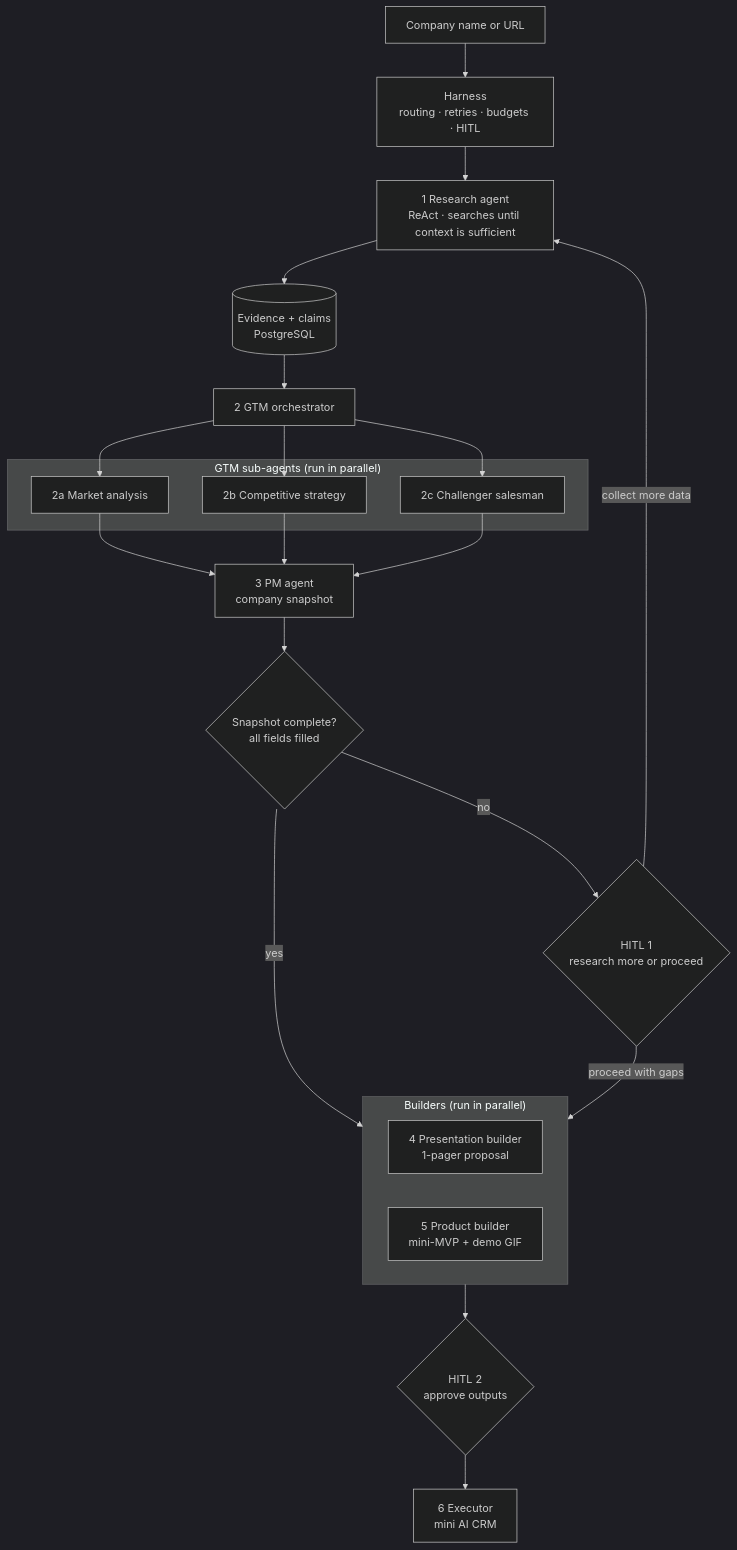
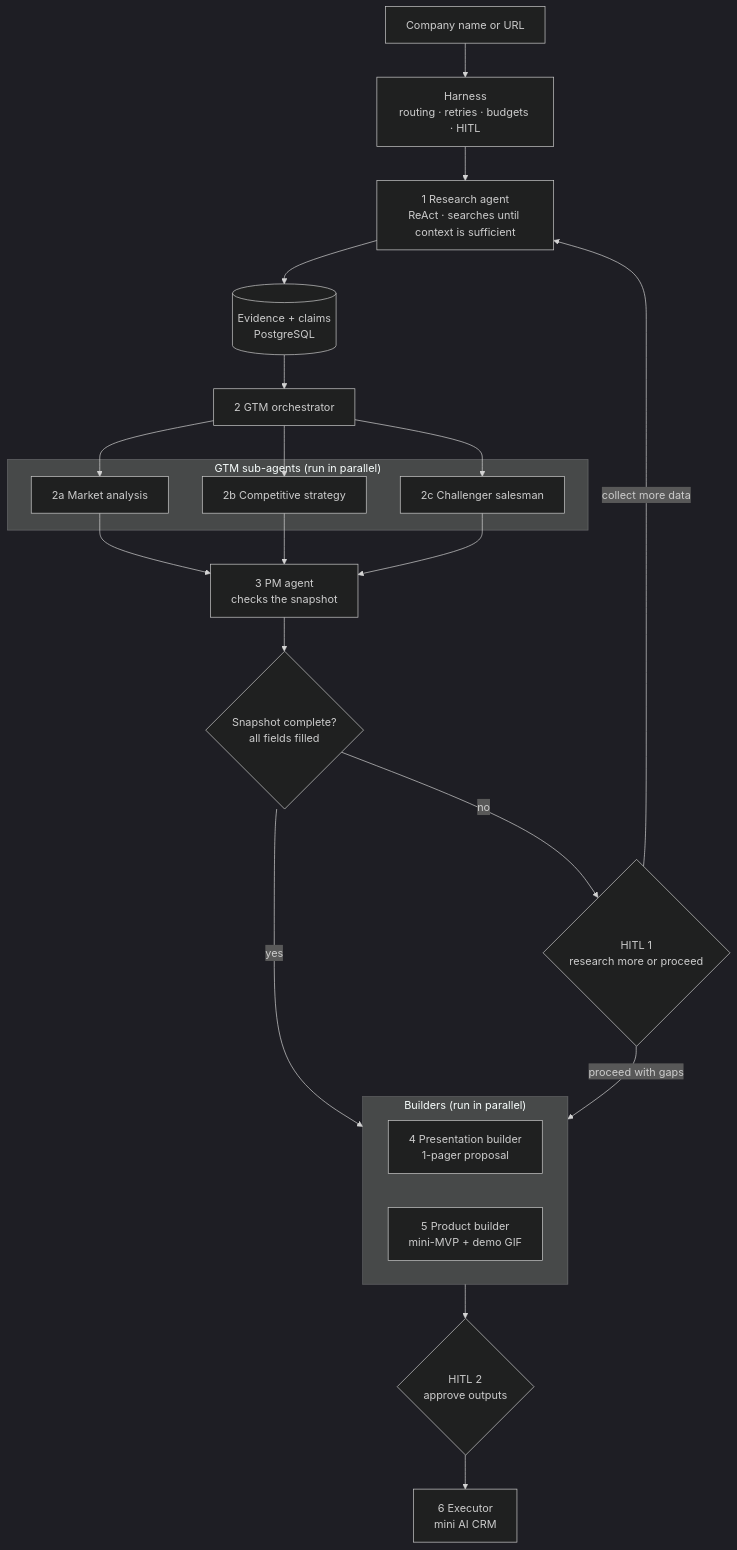
Before and after one commit to efolley/Venture-OS: the first of 2 diagrams in README.md, drawn with Mermaid (dark theme). The commit also changed other lines of this file and 10 other files, not shown here.

First line of the commit message:
Add GTM orchestrator V.0.2 (company snapshot) to dev

````diff
--- a/README.md
+++ b/README.md
@@ -40,25 +40,25 @@
 ```mermaid
 flowchart TD
     In["Company name or URL"] --> H["Harness<br/>routing · retries · budgets · HITL"]
     H --> R["1 Research agent<br/>ReAct · searches until context is sufficient"]
     R --> E[("Evidence + claims<br/>PostgreSQL")]
     E --> GTM["2 GTM orchestrator"]
     subgraph SUB["GTM sub-agents (run in parallel)"]
         MA["2a Market analysis"]
         CS["2b Competitive strategy"]
         CH["2c Challenger salesman"]
     end
     GTM --> MA & CS & CH
-    MA & CS & CH --> PM["3 PM agent<br/>company snapshot"]
+    MA & CS & CH --> PM["3 PM agent<br/>checks the snapshot"]
     PM --> Q{"Snapshot complete?<br/>all fields filled"}
     Q -->|"yes"| BUILD
     Q -->|"no"| G1{"HITL 1<br/>research more or proceed"}
     G1 -->|"collect more data"| R
     G1 -->|"proceed with gaps"| BUILD
     subgraph BUILD["Builders (run in parallel)"]
         PB["4 Presentation builder<br/>1-pager proposal"]
         PR["5 Product builder<br/>mini-MVP + demo GIF"]
     end
     BUILD --> G2{"HITL 2<br/>approve outputs"}
     G2 --> X["6 Executor<br/>mini AI CRM"]
 ```
````
